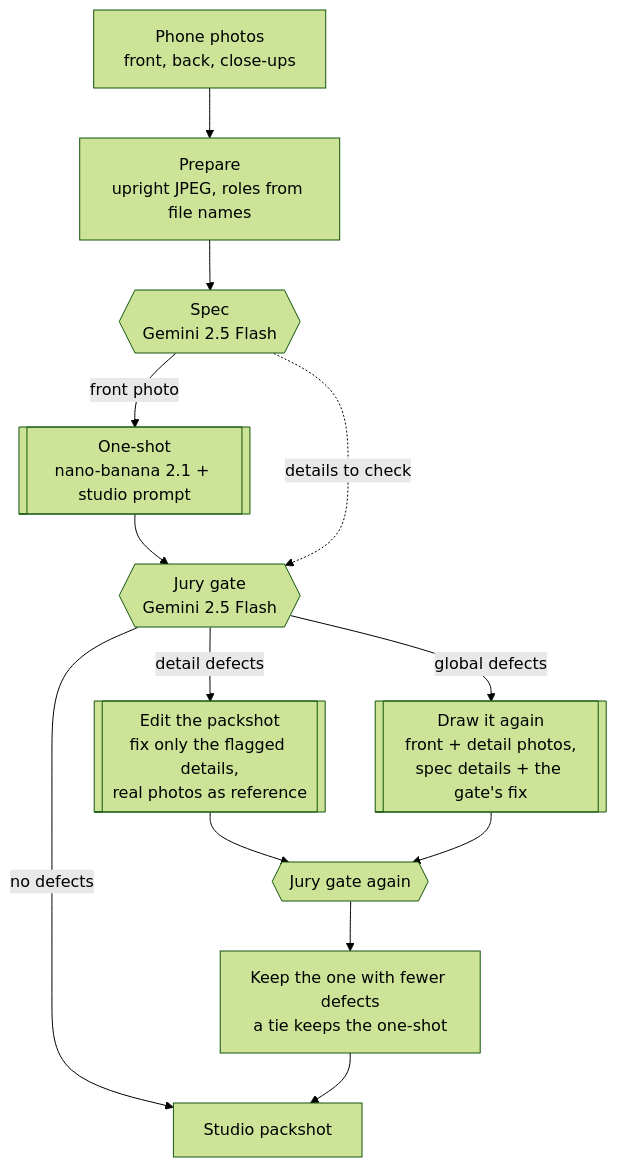
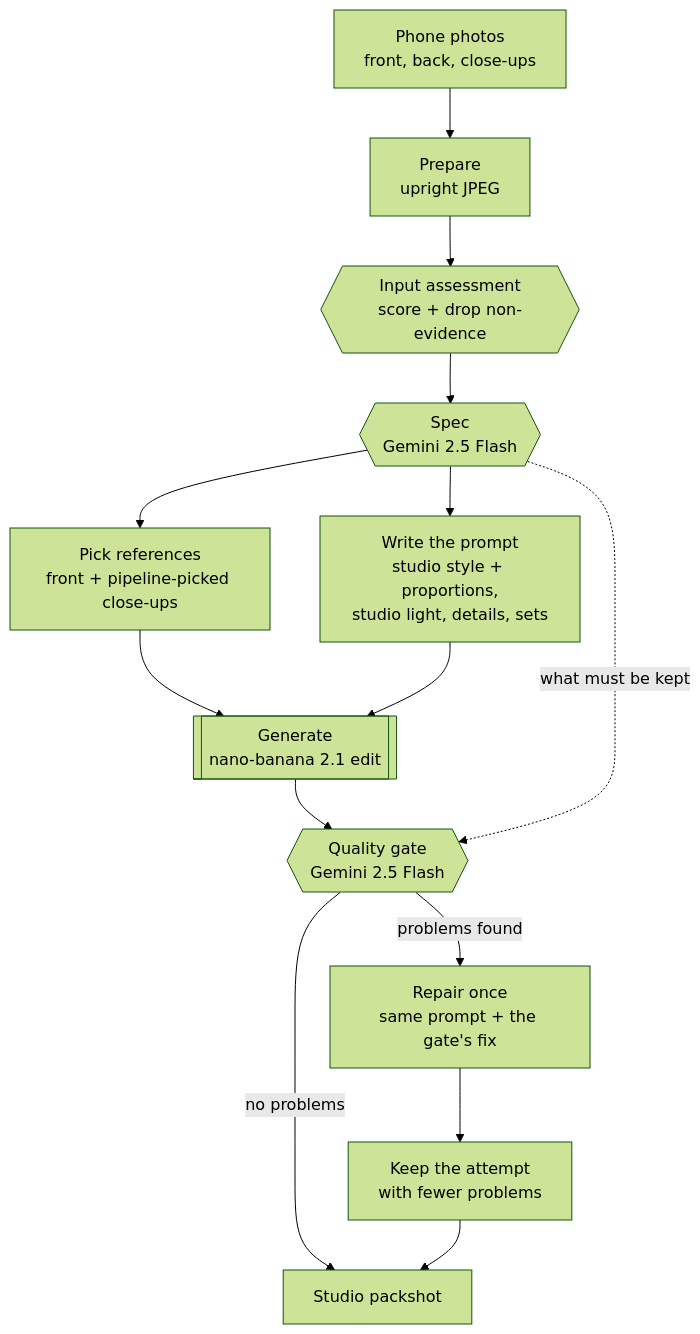
One commit to neural-wave/ch-D3A24 changed the first of 3 diagrams in README.md. Above: the diagram before and after it, drawn with Mermaid (forest theme). The commit also changed other lines of this file and 6 other files, not shown here.

````diff
--- a/README.md
+++ b/README.md
@@ -24,15 +24,16 @@
 ```mermaid
 flowchart TD
-    A["Phone photos<br/>front, back, close-ups"] --> B["Prepare<br/>upright JPEG, roles from file names"]
-    B --> C{{"Spec<br/>Gemini 2.5 Flash"}}
-    C -->|front photo| F[["One-shot<br/>nano-banana 2.1 + studio prompt"]]
-    F --> G{{"Jury gate<br/>Gemini 2.5 Flash"}}
-    C -.->|details to check| G
-    G -->|no defects| H["Studio packshot"]
-    G -->|detail defects| E[["Edit the packshot<br/>fix only the flagged details,<br/>real photos as reference"]]
-    G -->|global defects| R[["Draw it again<br/>front + detail photos,<br/>spec details + the gate's fix"]]
-    E --> G2
-    R --> G2{{"Jury gate again"}}
-    G2 --> K["Keep the one with fewer defects<br/>a tie keeps the one-shot"]
+    A["Phone photos<br/>front, back, close-ups"] --> B["Prepare<br/>upright JPEG"]
+    B --> S{{"Input assessment<br/>score + drop non-evidence"}}
+    S --> C{{"Spec<br/>Gemini 2.5 Flash"}}
+    C --> D["Pick references<br/>front + pipeline-picked close-ups"]
+    C --> E["Write the prompt<br/>studio style + proportions,<br/>studio light, details, sets"]
+    D --> F[["Generate<br/>nano-banana 2.1 edit"]]
+    E --> F
+    F --> G{{"Quality gate<br/>Gemini 2.5 Flash"}}
+    C -.->|what must be kept| G
+    G -->|no problems| H["Studio packshot"]
+    G -->|problems found| R["Repair once<br/>same prompt + the gate's fix"]
+    R --> K["Keep the attempt<br/>with fewer problems"]
     K --> H
 ```
````
